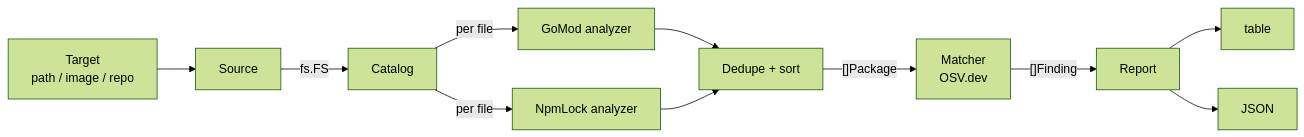
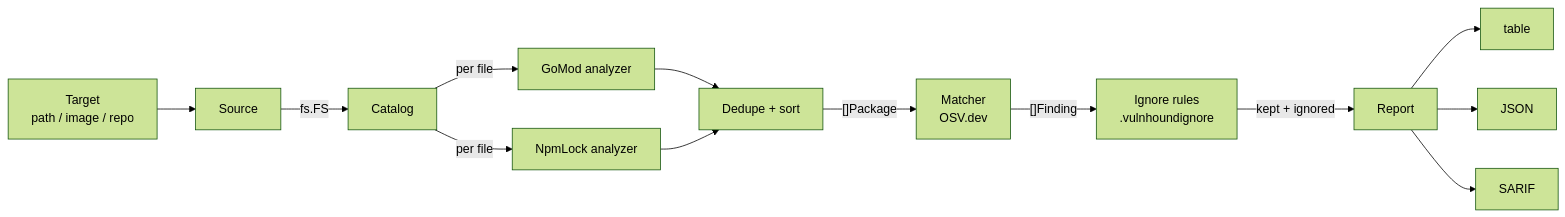
The first of 3 diagrams in docs/architecture.md (0x48core/vulnhound), drawn with Mermaid (forest theme) before and after one commit. The commit also changed other lines of this file and 24 other files, not shown here.

First line of the commit message:
feat!: add SARIF output, ignore file, and path excludes

````diff
--- a/docs/architecture.md
+++ b/docs/architecture.md
@@ -22,13 +22,15 @@
 ```mermaid
 flowchart LR
     T[Target<br/>path / image / repo] --> S[Source]
     S -->|fs.FS| C[Catalog]
     C -->|per file| A1[GoMod analyzer]
     C -->|per file| A2[NpmLock analyzer]
     A1 --> D[Dedupe + sort]
     A2 --> D
     D -->|"[]Package"| M[Matcher<br/>OSV.dev]
-    M -->|"[]Finding"| R[Report]
+    M -->|"[]Finding"| I[Ignore rules<br/>.vulnhoundignore]
+    I -->|"kept + ignored"| R[Report]
     R --> O1[table]
     R --> O2[JSON]
+    R --> O3[SARIF]
 ```
````
